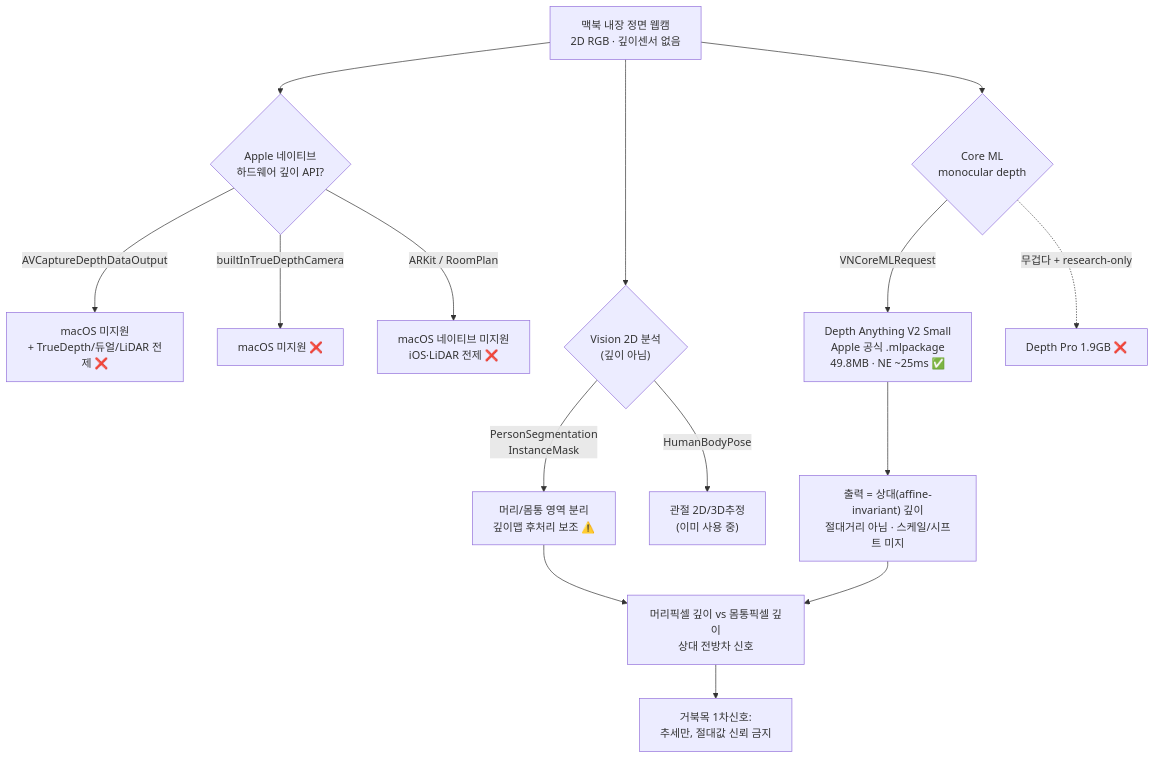
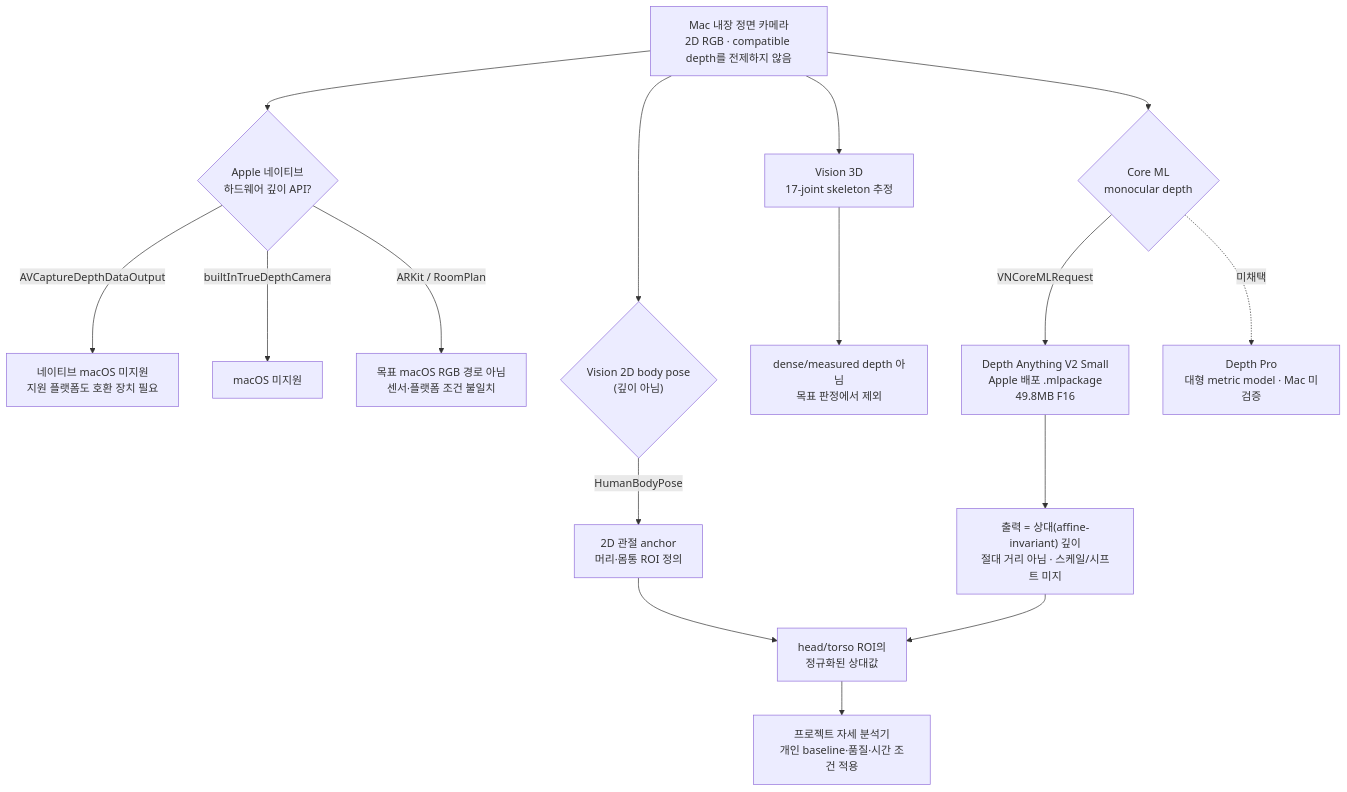
The diagram in docs/depth-estimation/apple-vision-depth/README.md (kimchanhyung98/turtlemeck), drawn with Mermaid before and after one commit. The commit also changed other lines of this file and 40 other files, not shown here.

````diff
--- a/docs/depth-estimation/apple-vision-depth/README.md
+++ b/docs/depth-estimation/apple-vision-depth/README.md
@@ -9,22 +18,23 @@
 ```mermaid
 flowchart TD
-    CAM["맥북 내장 정면 웹캠<br/>2D RGB · 깊이센서 없음"]
+    CAM["Mac 내장 정면 카메라<br/>2D RGB · compatible depth를 전제하지 않음"]
 
     CAM --> HW{"Apple 네이티브<br/>하드웨어 깊이 API?"}
-    HW -->|"AVCaptureDepthDataOutput"| X1["macOS 미지원<br/>+ TrueDepth/듀얼/LiDAR 전제 ❌"]
-    HW -->|"builtInTrueDepthCamera"| X2["macOS 미지원 ❌"]
-    HW -->|"ARKit / RoomPlan"| X3["macOS 네이티브 미지원<br/>iOS·LiDAR 전제 ❌"]
+    HW -->|"AVCaptureDepthDataOutput"| X1["네이티브 macOS 미지원<br/>지원 플랫폼도 호환 장치 필요"]
+    HW -->|"builtInTrueDepthCamera"| X2["macOS 미지원"]
+    HW -->|"ARKit / RoomPlan"| X3["목표 macOS RGB 경로 아님<br/>센서·플랫폼 조건 불일치"]
 
-    CAM --> SW{"Vision 2D 분석<br/>(깊이 아님)"}
-    SW -->|"PersonSegmentation<br/>InstanceMask"| SEG["머리/몸통 영역 분리<br/>깊이맵 후처리 보조 ⚠️"]
-    SW -->|"HumanBodyPose"| POSE["관절 2D/3D추정<br/>(이미 사용 중)"]
+    CAM --> SW{"Vision 2D body pose<br/>(깊이 아님)"}
+    SW -->|"HumanBodyPose"| POSE["2D 관절 anchor<br/>머리·몸통 ROI 정의"]
+    CAM --> P3["Vision 3D<br/>17-joint skeleton 추정"]
+    P3 --> X4["dense/measured depth 아님<br/>목표 판정에서 제외"]
 
     CAM --> ML{"Core ML<br/>monocular depth"}
-    ML -->|"VNCoreMLRequest"| DA["Depth Anything V2 Small<br/>Apple 공식 .mlpackage<br/>49.8MB · NE ~25ms ✅"]
-    ML -.->|"무겁다 + research-only"| DP["Depth Pro 1.9GB ❌"]
+    ML -->|"VNCoreMLRequest"| DA["Depth Anything V2 Small<br/>Apple 배포 .mlpackage<br/>49.8MB F16"]
+    ML -.미채택.-> DP["Depth Pro<br/>대형 metric model · Mac 미검증"]
 
-    DA --> REL["출력 = 상대(affine-invariant) 깊이<br/>절대거리 아님 · 스케일/시프트 미지"]
-    SEG --> POST["머리픽셀 깊이 vs 몸통픽셀 깊이<br/>상대 전방차 신호"]
+    DA --> REL["출력 = 상대(affine-invariant) 깊이<br/>절대 거리 아님 · 스케일/시프트 미지"]
+    POSE --> POST["head/torso ROI의<br/>정규화된 상대값"]
     REL --> POST
-    POST --> JUDGE["거북목 1차신호:<br/>추세만, 절대값 신뢰 금지"]
+    POST --> JUDGE["프로젝트 자세 분석기<br/>개인 baseline·품질·시간 조건 적용"]
 ```
````
